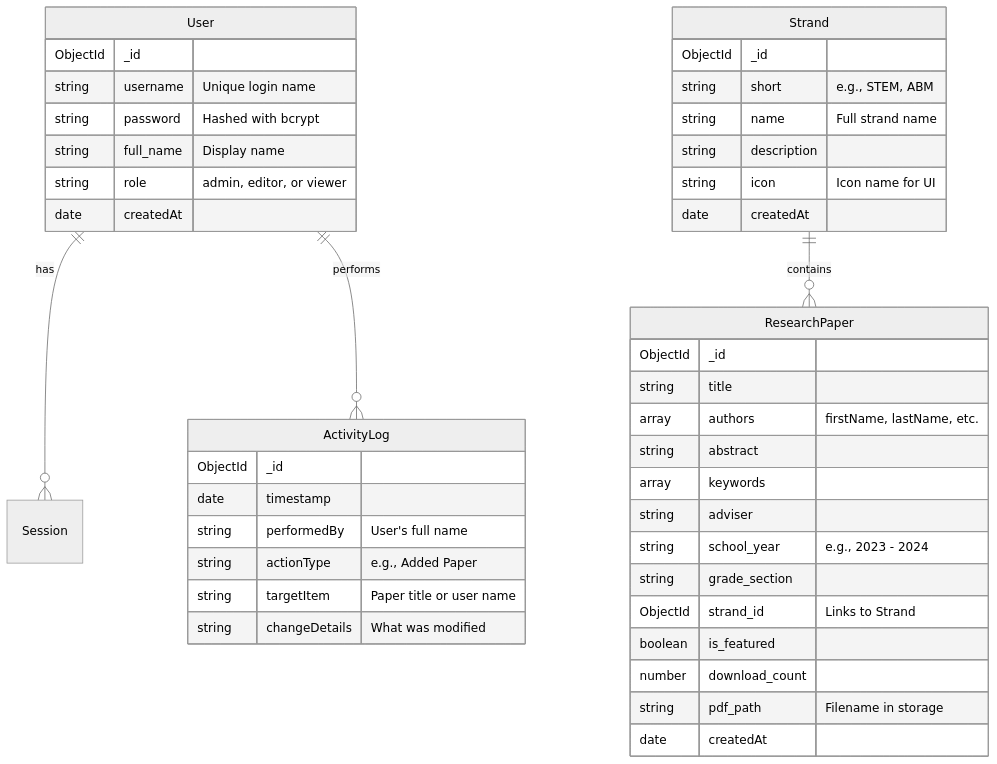
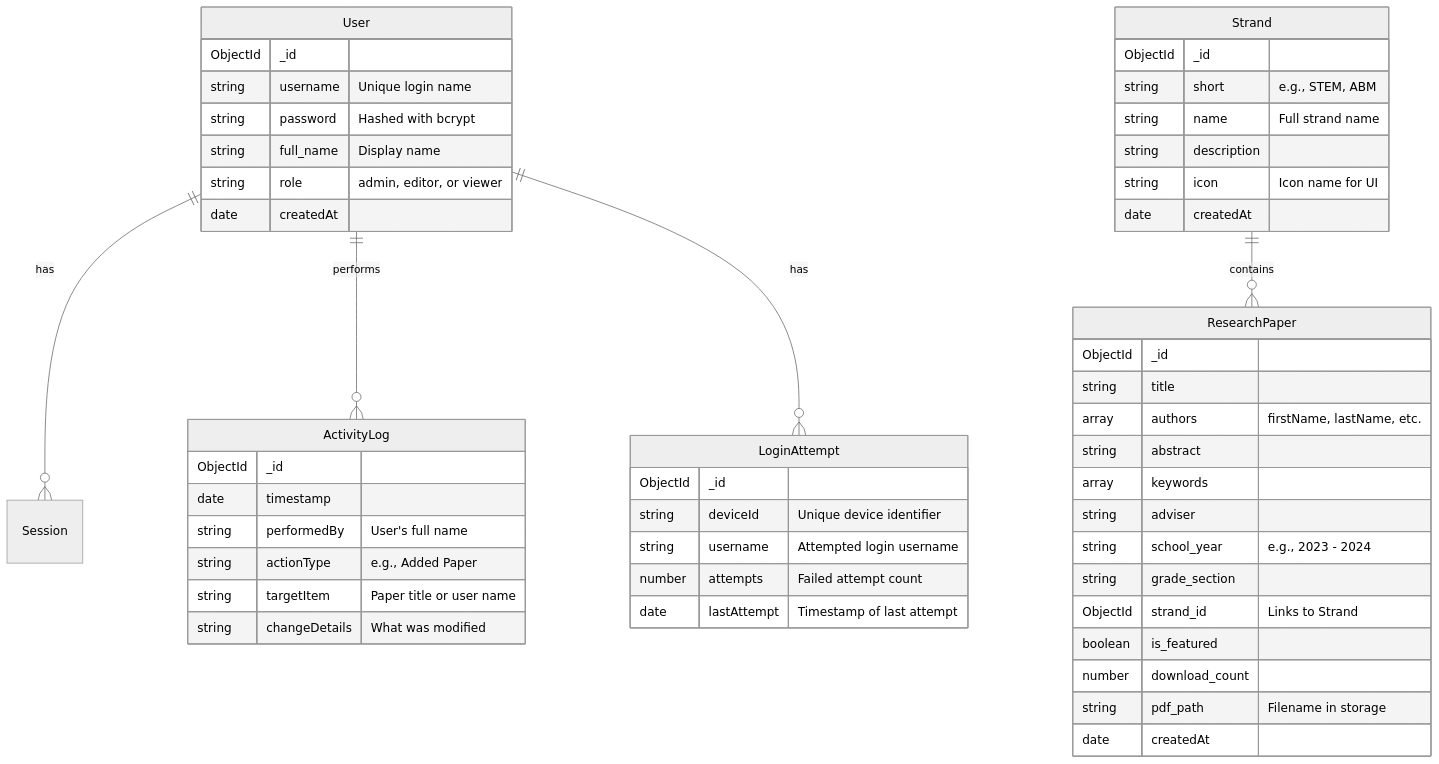
The third of 3 diagrams in DOCUMENTATION.md (RjDurin04/cvnhs_electronic_research_library), drawn with Mermaid (neutral theme) before and after one commit. The commit also changed other lines of this file and 11 other files, not shown here.

````diff
--- a/DOCUMENTATION.md
+++ b/DOCUMENTATION.md
@@ -192,49 +193,58 @@
 ```mermaid
 erDiagram
     User ||--o{ Session : has
     User ||--o{ ActivityLog : performs
+    User ||--o{ LoginAttempt : has
     Strand ||--o{ ResearchPaper : contains
     
     User {
         ObjectId _id
         string username "Unique login name"
         string password "Hashed with bcrypt"
         string full_name "Display name"
         string role "admin, editor, or viewer"
         date createdAt
     }
     
     Strand {
         ObjectId _id
         string short "e.g., STEM, ABM"
         string name "Full strand name"
         string description
         string icon "Icon name for UI"
         date createdAt
     }
     
     ResearchPaper {
         ObjectId _id
         string title
         array authors "firstName, lastName, etc."
         string abstract
         array keywords
         string adviser
         string school_year "e.g., 2023 - 2024"
         string grade_section
         ObjectId strand_id "Links to Strand"
         boolean is_featured
         number download_count
         string pdf_path "Filename in storage"
         date createdAt
     }
     
     ActivityLog {
         ObjectId _id
         date timestamp
         string performedBy "User's full name"
         string actionType "e.g., Added Paper"
         string targetItem "Paper title or user name"
         string changeDetails "What was modified"
     }
+
+    LoginAttempt {
+        ObjectId _id
+        string deviceId "Unique device identifier"
+        string username "Attempted login username"
+        number attempts "Failed attempt count"
+        date lastAttempt "Timestamp of last attempt"
+    }
 ```
````
